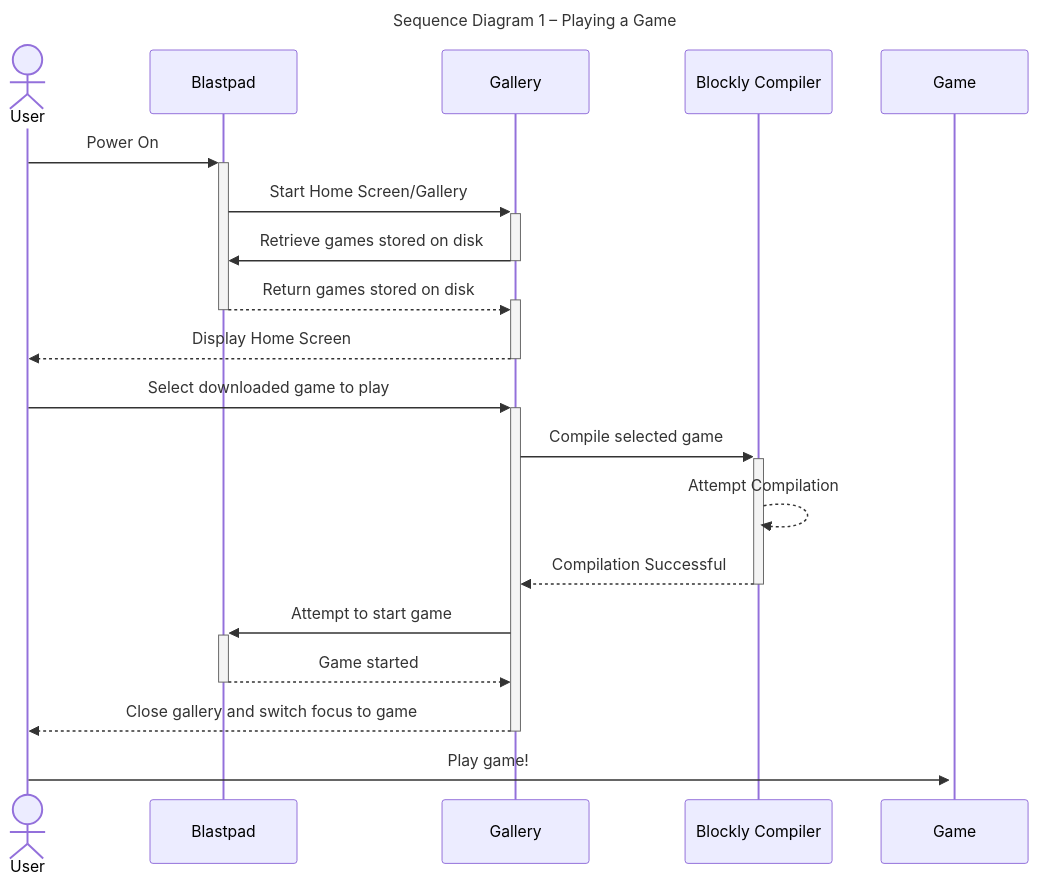
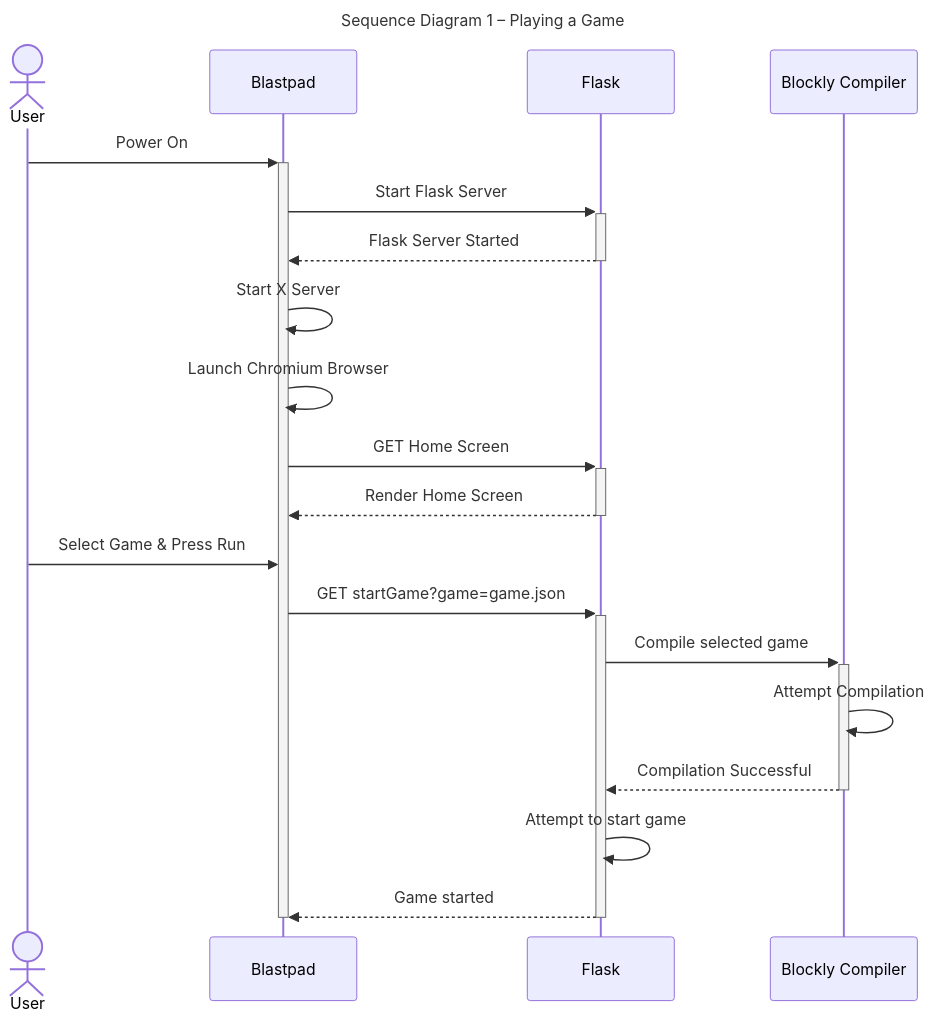
One commit to Capstone-Projects-2024-Spring/project-blastpad changed the first of 11 diagrams in documentation/docs/system-architecture/sequence-diagrams.md. Above: the diagram before and after it, drawn with Mermaid. The commit also changed other lines of this file and 3 other files, not shown here.

Commit message:
Use Case Seq Diagrams

````diff
--- a/documentation/docs/system-architecture/sequence-diagrams.md
+++ b/documentation/docs/system-architecture/sequence-diagrams.md
@@ -15,23 +15,28 @@
 ```mermaid
 ---
 title: Sequence Diagram 1 – Playing a Game
 ---
 
 sequenceDiagram
 actor User
 User->>+Blastpad: Power On
-Blastpad->>+Gallery: Start Home Screen/Gallery
-Gallery->>-Blastpad: Retrieve games stored on disk
-Blastpad-->>+Gallery: Return games stored on disk
-deactivate Blastpad	
-Gallery-->>-User: Display Home Screen
+Blastpad->>+Flask: Start Flask Server
+Flask-->>-Blastpad: Flask Server Started
 
-User->>+Gallery: Select downloaded game to play
-Gallery->>+Blockly Compiler: Compile selected game
-Blockly Compiler-->>Blockly Compiler: Attempt Compilation
-Blockly Compiler-->>-Gallery: Compilation Successful
-Gallery->>+Blastpad: Attempt to start game
-Blastpad-->>-Gallery: Game started
-Gallery-->>-User: Close gallery and switch focus to game
-User->>+Game: Play game!
+Blastpad->>Blastpad: Start X Server
+Blastpad->>Blastpad: Launch Chromium Browser
+
+Blastpad->>+Flask: GET Home Screen
+Flask-->>-Blastpad: Render Home Screen
+User->>Blastpad: Select Game & Press Run
+
+Blastpad->>+Flask: GET startGame?game=game.json
+Flask->>+Blockly Compiler: Compile selected game
+Blockly Compiler->>Blockly Compiler: Attempt Compilation
+Blockly Compiler-->>-Flask: Compilation Successful
+Flask->>Flask: Attempt to start game
+Flask-->>-Blastpad: Game started
+
+
+deactivate Blastpad
 ```
````
